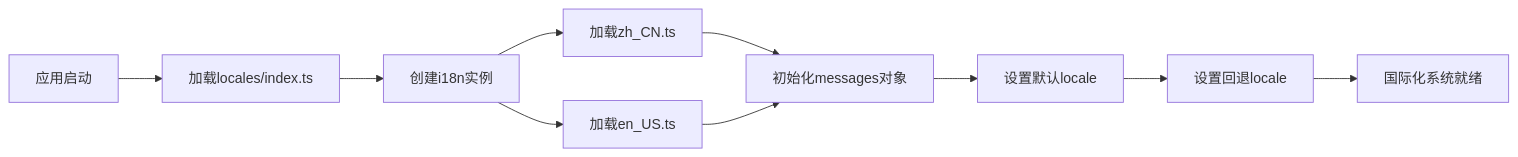
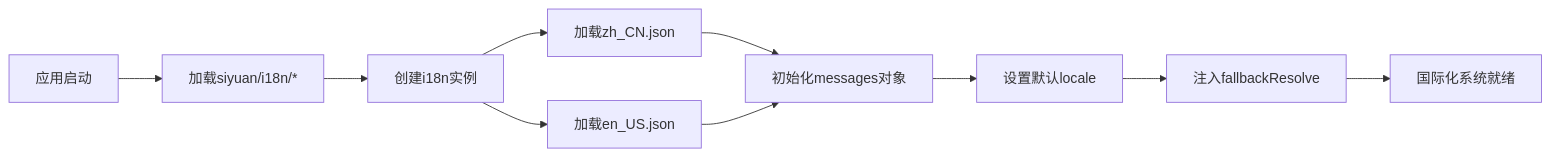
One commit to terwer/siyuan-plugin-publisher changed the sixth of 9 diagrams in .qoder/repowiki/zh/content/核心架构/组件架构设计/Composition API设计模式/V2 国际化组合式函数.md. Above: the diagram before and after it, drawn with Mermaid. The commit also changed other lines of this file and 6 other files, not shown here.

First line of the commit message:
docs(architecture): clarify and split workspace shell component responsibilities

````diff
--- a/.qoder/repowiki/zh/content/核心架构/组件架构设计/Composition API设计模式/V2 国际化组合式函数.md
+++ b/.qoder/repowiki/zh/content/核心架构/组件架构设计/Composition API设计模式/V2 国际化组合式函数.md
@@ -240,12 +252,12 @@
 ```mermaid
 flowchart LR
-A[应用启动] --> B[加载locales/index.ts]
+A[应用启动] --> B[加载siyuan/i18n/*]
 B --> C[创建i18n实例]
-C --> D[加载zh_CN.ts]
-C --> E[加载en_US.ts]
+C --> D[加载zh_CN.json]
+C --> E[加载en_US.json]
 D --> F[初始化messages对象]
 E --> F
 F --> G[设置默认locale]
-G --> H[设置回退locale]
+G --> H[注入fallbackResolve]
 H --> I[国际化系统就绪]
 ```
````
